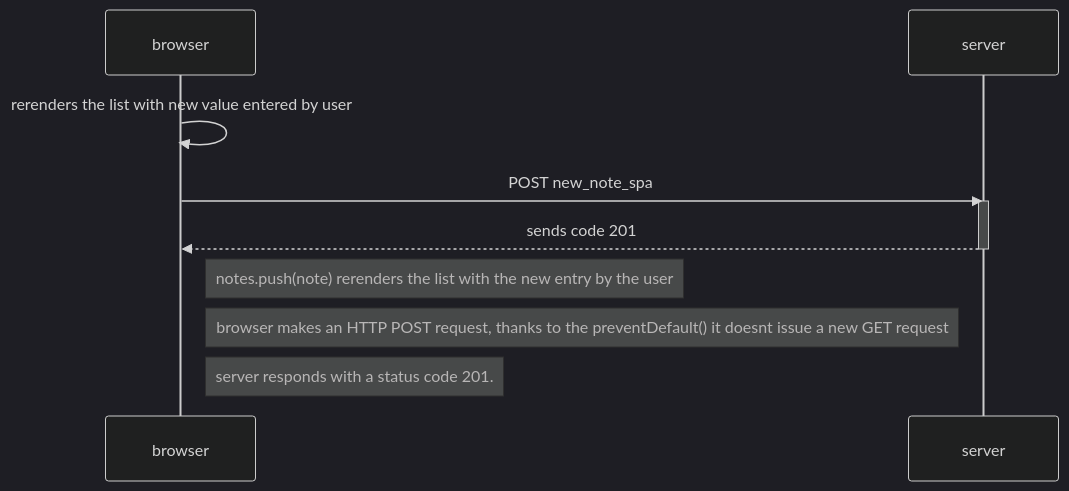
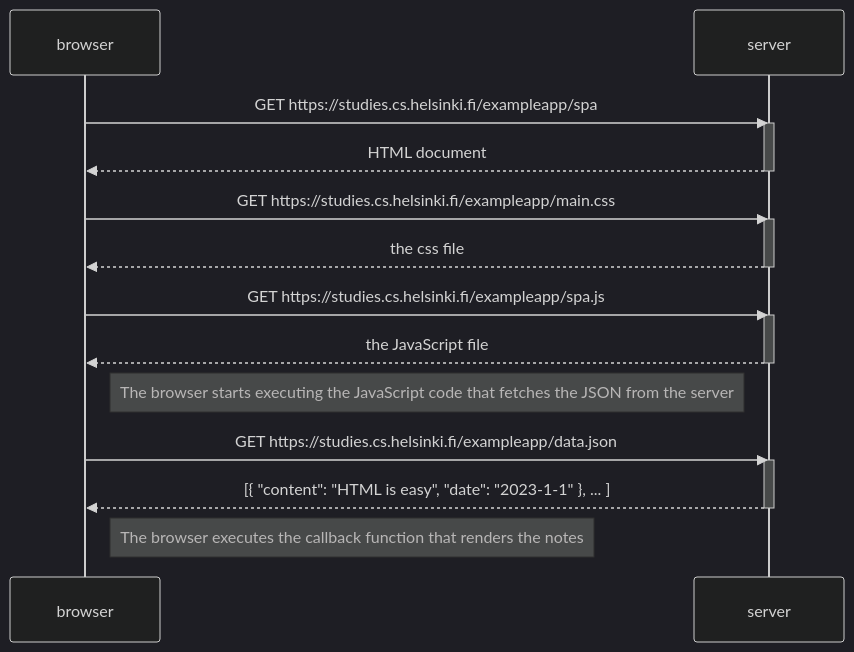
The diagram in Part0/0_5.md (JunkyardCat/fullstackcert), drawn with Mermaid (dark theme) before and after one commit. The commit also changed 1 other file, not shown here.

Commit message:
renamed existing 0_5.md to 0_6.md then add a new 0_5.md

````diff
--- a/Part0/0_5.md
+++ b/Part0/0_5.md
@@ -1,13 +1,23 @@
 ```mermaid
 sequenceDiagram
     participant browser
     participant server
-    browser->>browser: rerenders the list with new value entered by user
-    browser->>server: POST new_note_spa
+    browser->>server:GET https://studies.cs.helsinki.fi/exampleapp/spa
     activate server
-    server-->>browser: sends code 201
+    server-->>browser: HTML document
     deactivate server
-    Note right of browser: notes.push(note) rerenders the list with the new entry by the user
-    Note right of browser: browser makes an HTTP POST request, thanks to the preventDefault() it doesnt issue a new GET request
-    Note right of browser: server responds with a status code 201.
+    browser->>server: GET https://studies.cs.helsinki.fi/exampleapp/main.css
+    activate server
+    server-->>browser: the css file
+    deactivate server
+    browser->>server: GET https://studies.cs.helsinki.fi/exampleapp/spa.js
+    activate server
+    server-->>browser: the JavaScript file
+    deactivate server
+    Note right of browser: The browser starts executing the JavaScript code that fetches the JSON from the server
+    browser->>server: GET https://studies.cs.helsinki.fi/exampleapp/data.json
+    activate server
+    server-->>browser: [{ "content": "HTML is easy", "date": "2023-1-1" }, ... ]
+    deactivate server
+    Note right of browser: The browser executes the callback function that renders the notes
 ```
````
